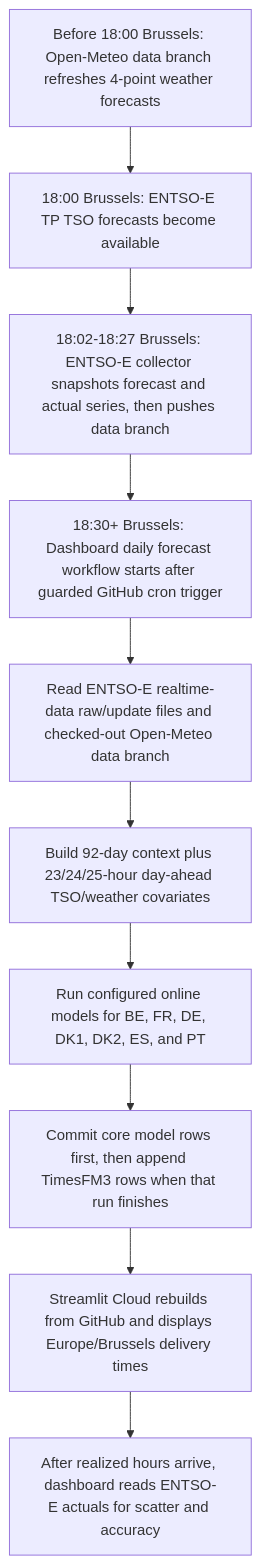
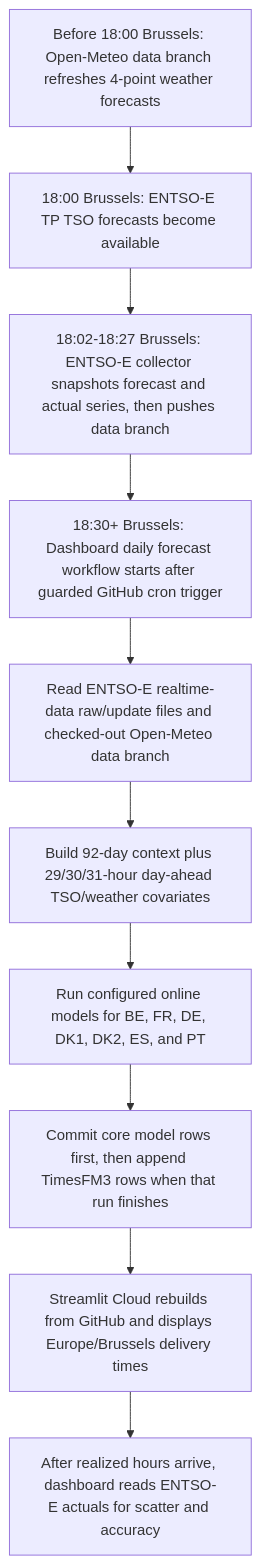
The diagram in README.md (XiaoyuJIN97/tp-plus-plus-real-time-forecasting-dashboard), drawn with Mermaid before and after one commit. The commit also changed other lines of this file and 176 other files, not shown here.

````diff
--- a/README.md
+++ b/README.md
@@ -125,12 +132,12 @@
 ```mermaid
 flowchart TD
   A["Before 18:00 Brussels: Open-Meteo data branch refreshes 4-point weather forecasts"] --> B["18:00 Brussels: ENTSO-E TP TSO forecasts become available"]
   B --> C["18:02-18:27 Brussels: ENTSO-E collector snapshots forecast and actual series, then pushes data branch"]
   C --> D["18:30+ Brussels: Dashboard daily forecast workflow starts after guarded GitHub cron trigger"]
   D --> E["Read ENTSO-E realtime-data raw/update files and checked-out Open-Meteo data branch"]
-  E --> G["Build 92-day context plus 23/24/25-hour day-ahead TSO/weather covariates"]
+  E --> G["Build 92-day context plus 29/30/31-hour day-ahead TSO/weather covariates"]
   G --> H["Run configured online models for BE, FR, DE, DK1, DK2, ES, and PT"]
   H --> I["Commit core model rows first, then append TimesFM3 rows when that run finishes"]
   I --> J["Streamlit Cloud rebuilds from GitHub and displays Europe/Brussels delivery times"]
   J --> K["After realized hours arrive, dashboard reads ENTSO-E actuals for scatter and accuracy"]
 ```
````
